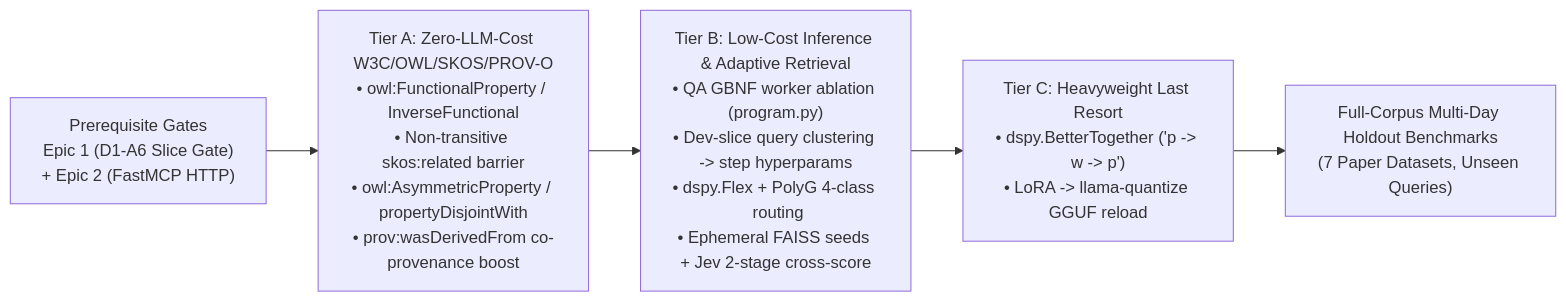
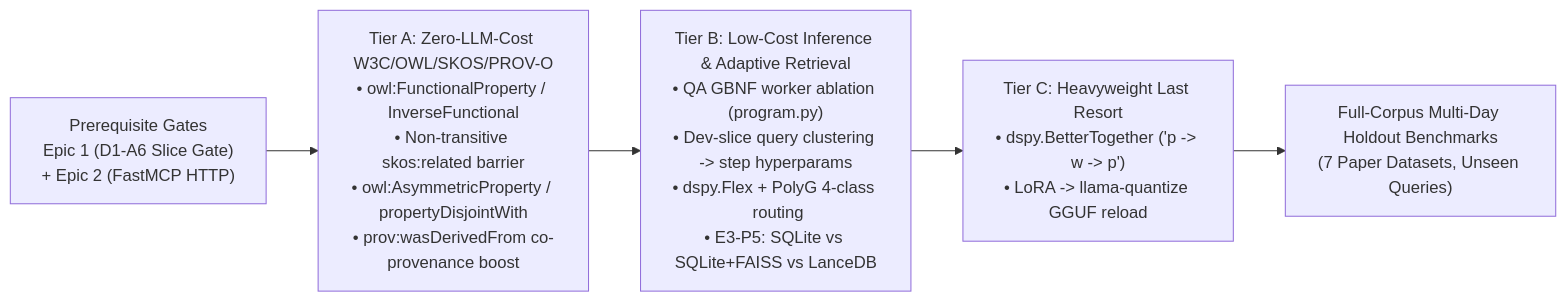
One commit to negatrait/yaw changed the diagram in docs/epic-3-performance.md. Above: the diagram before and after it, drawn with Mermaid. The commit also changed other lines of this file and 76 other files, not shown here.

````diff
--- a/docs/epic-3-performance.md
+++ b/docs/epic-3-performance.md
@@ -172,7 +172,7 @@
 ```mermaid
 flowchart LR
     G0["Prerequisite Gates\nEpic 1 (D1-A6 Slice Gate)\n+ Epic 2 (FastMCP HTTP)"] --> TA["Tier A: Zero-LLM-Cost W3C/OWL/SKOS/PROV-O\n• owl:FunctionalProperty / InverseFunctional\n• Non-transitive skos:related barrier\n• owl:AsymmetricProperty / propertyDisjointWith\n• prov:wasDerivedFrom co-provenance boost"]
-    TA --> TB["Tier B: Low-Cost Inference & Adaptive Retrieval\n• QA GBNF worker ablation (program.py)\n• Dev-slice query clustering -> step hyperparams\n• dspy.Flex + PolyG 4-class <s,p,o> routing\n• Ephemeral FAISS seeds + Jev 2-stage cross-score"]
+    TA --> TB["Tier B: Low-Cost Inference & Adaptive Retrieval\n• QA GBNF worker ablation (program.py)\n• Dev-slice query clustering -> step hyperparams\n• dspy.Flex + PolyG 4-class <s,p,o> routing\n• E3-P5: SQLite vs SQLite+FAISS vs LanceDB"]
     TB --> TC["Tier C: Heavyweight Last Resort\n• dspy.BetterTogether ('p -> w -> p')\n• LoRA -> llama-quantize GGUF reload"]
     TC --> FC["Full-Corpus Multi-Day Holdout Benchmarks\n(7 Paper Datasets, Unseen Queries)"]
 ```
````
